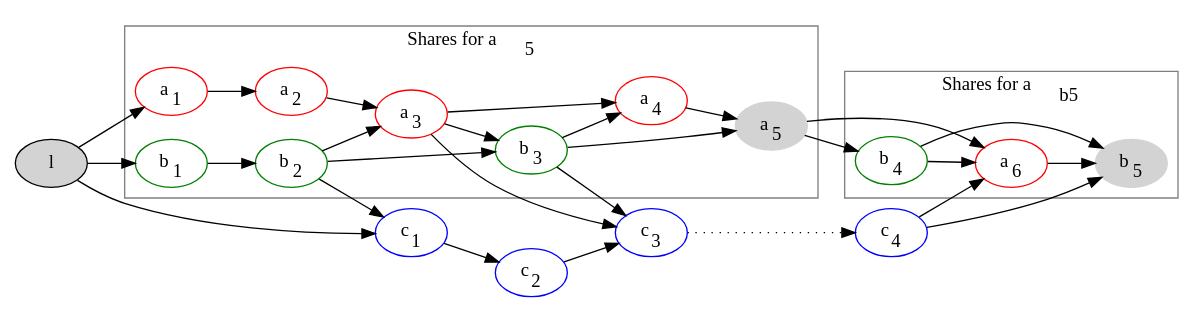
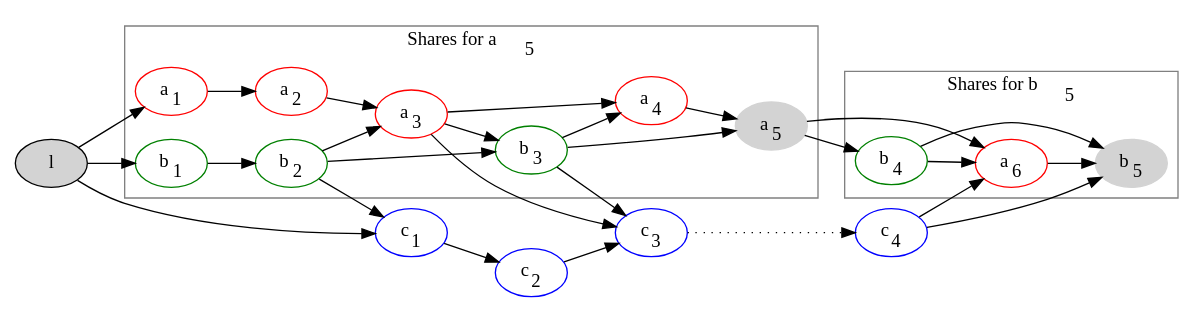
Before and after one commit to braidpool/braidpool: the diagram in figures/shares-dag.dot, drawn with Graphviz. The commit also changed 10 other files, not shown here.

```diff
--- a/figures/shares-dag.dot
+++ b/figures/shares-dag.dot
@@ -1,56 +1,56 @@
 
 digraph G {
     rankdir=LR
     layout=dot
     a1 [label=<a<sub>1</sub>>, color=red]
     a2 [label=<a<sub>2</sub>>, color=red]
     a3 [label=<a<sub>3</sub>>, color=red]
     a4 [label=<a<sub>4</sub>>, color=red]
     a5 [style=filled, label=<a<sub>5</sub>>, color=lightgrey]
     a6 [label=<a<sub>6</sub>>, color=red]
 
     b1 [label=<b<sub>1</sub>>, color=green]
     b2 [label=<b<sub>2</sub>>, color=green]
     b3 [label=<b<sub>3</sub>>, color=green]
     b4 [label=<b<sub>4</sub>>, color=green]
     b5 [style=filled, label=<b<sub>5</sub>>, color=lightgrey]
 
     c1 [label=<c<sub>1</sub>>, color=blue]
     c2 [label=<c<sub>2</sub>>, color=blue]
     c3 [label=<c<sub>3</sub>>, color=blue]
     c4 [label=<c<sub>4</sub>>, color=blue]
 
     l [style=filled]
 
     l -> a1
     l -> b1
     l -> c1
 
     subgraph cluster_1 {
         a1 -> a2 -> a3 -> a4 -> a5
         a3 -> b3
         b1 -> b2 -> b3 -> a5
         color=grey
         label=<Shares for a<sub>5</sub>>
     }
 
     subgraph cluster_2 {
         a5 -> b4
         a5 -> a6
         a6 -> b5
         b4 -> b5
         b4 -> a6
         color=grey
-        label=<Shares for a<sub>b5</sub>>
+        label=<Shares for b<sub>5</sub>>
     }
 
     c1 -> c2 -> c3
     c3 -> c4 [style=dotted]
     c4 -> b5
     c4 -> a6
     a3 -> c3
     b2 -> a3
     b2 -> c1
     b3 -> a4
     b3 -> c3
 }
```
